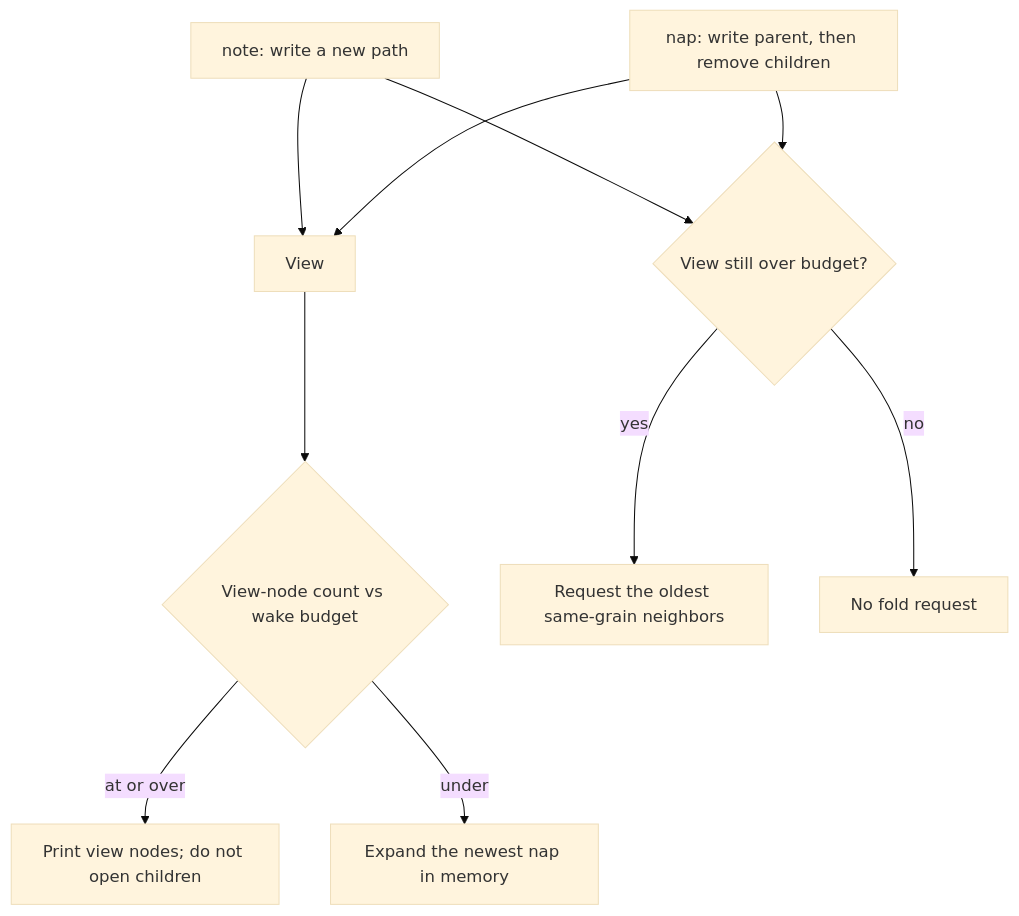
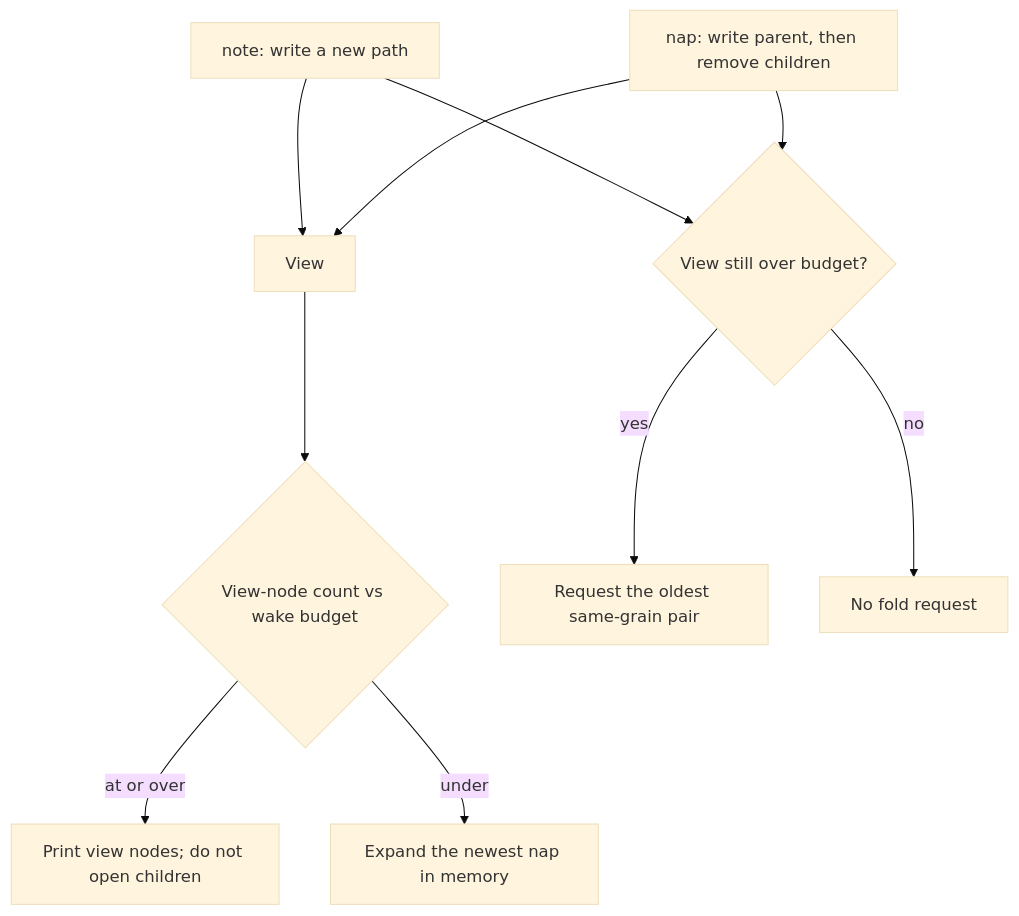
Before and after one commit to Texarkanine/SumMem: the second of 14 diagrams in docs/architecture/index.md, drawn with Mermaid (base theme). The commit also changed other lines of this file and 41 other files, not shown here.

Commit message:
fix: fold the oldest same-grain pair across a wall (#87)

````diff
--- a/docs/architecture/index.md
+++ b/docs/architecture/index.md
@@ -103,12 +103,12 @@
 ```mermaid
 flowchart TD
     Note["note: write a new path"] --> View["View"]
     Nap["nap: write parent, then remove children"] --> View
     View --> Count{"View-node count vs wake budget"}
     Count -->|"at or over"| Files["Print view nodes; do not open children"]
     Count -->|"under"| Expand["Expand the newest nap in memory"]
     Note --> Over{"View still over budget?"}
     Nap --> Over
-    Over -->|yes| Pair["Request the oldest same-grain neighbors"]
+    Over -->|yes| Pair["Request the oldest same-grain pair"]
     Over -->|no| Done["No fold request"]
 ```
````
